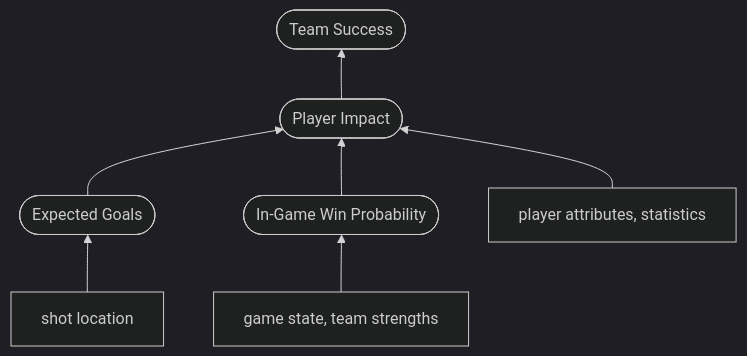
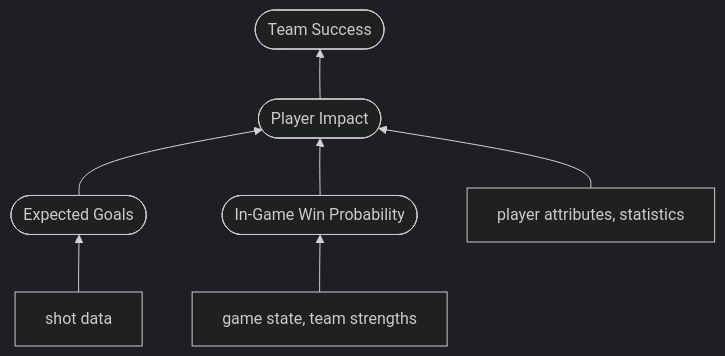
The diagram in README.md (marshineer/Hockey-Analytics), drawn with Mermaid (dark theme) before and after one commit. The commit also changed other lines of this file, not shown here.

````diff
--- a/README.md
+++ b/README.md
@@ -94,9 +95,9 @@
 ```mermaid
     flowchart BT;
     A([Expected Goals]) --> B([Player Impact]);
     C([In-Game Win Probability]) --> B;
     B --> D([Team Success]);
-    X[shot location] --> A;
+    X[shot data] --> A;
     Y[game state, team strengths] --> C;
     Z[player attributes, statistics] --> B;
 ```
````
